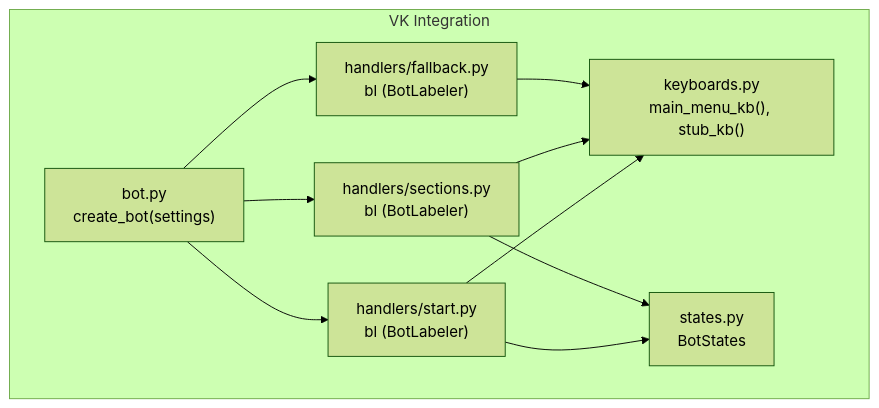
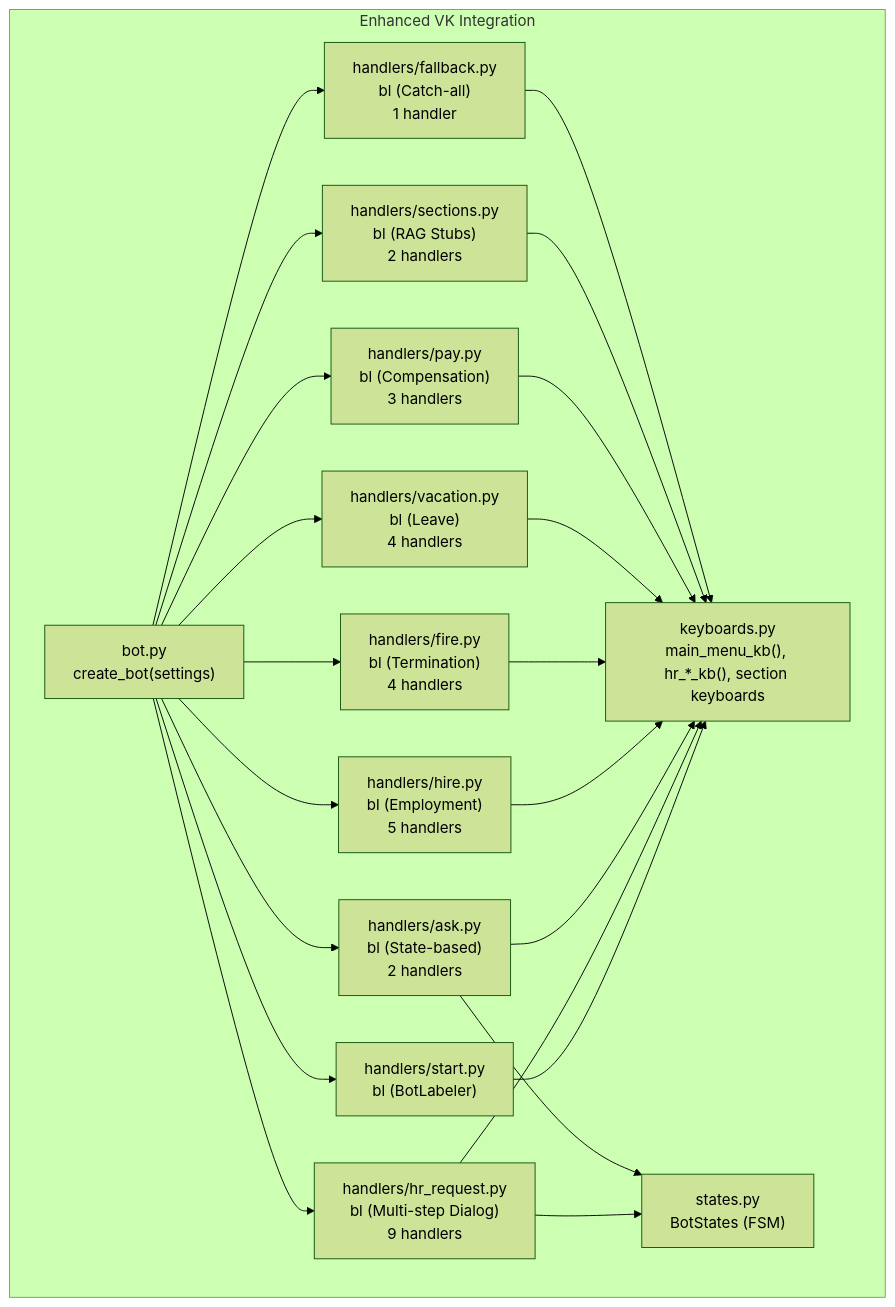
Before and after one commit to ognelis/cafetera_hr_bot: the first of 3 diagrams in .qoder/repowiki/en/content/VK Integration/Handler Registration and Ordering.md, drawn with Mermaid (forest theme). The commit also changed other lines of this file and 15 other files, not shown here.

````diff
--- a/.qoder/repowiki/en/content/VK Integration/Handler Registration and Ordering.md
+++ b/.qoder/repowiki/en/content/VK Integration/Handler Registration and Ordering.md
@@ -39,19 +53,37 @@
 ```mermaid
 graph TB
-subgraph "VK Integration"
+subgraph "Enhanced VK Integration"
 BOT["bot.py<br/>create_bot(settings)"]
 START["handlers/start.py<br/>bl (BotLabeler)"]
-SECTIONS["handlers/sections.py<br/>bl (BotLabeler)"]
-FALLBACK["handlers/fallback.py<br/>bl (BotLabeler)"]
-KEYBOARDS["keyboards.py<br/>main_menu_kb(), stub_kb()"]
-STATES["states.py<br/>BotStates"]
+HR_REQUEST["handlers/hr_request.py<br/>bl (Multi-step Dialog)<br/>9 handlers"]
+ASK["handlers/ask.py<br/>bl (State-based)<br/>2 handlers"]
+HIRE["handlers/hire.py<br/>bl (Employment)<br/>5 handlers"]
+FIRE["handlers/fire.py<br/>bl (Termination)<br/>4 handlers"]
+VACATION["handlers/vacation.py<br/>bl (Leave)<br/>4 handlers"]
+PAY["handlers/pay.py<br/>bl (Compensation)<br/>3 handlers"]
+SECTIONS["handlers/sections.py<br/>bl (RAG Stubs)<br/>2 handlers"]
+FALLBACK["handlers/fallback.py<br/>bl (Catch-all)<br/>1 handler"]
+KEYBOARDS["keyboards.py<br/>main_menu_kb(), hr_*_kb(), section keyboards"]
+STATES["states.py<br/>BotStates (FSM)"]
 end
 BOT --> START
+BOT --> HR_REQUEST
+BOT --> ASK
+BOT --> HIRE
+BOT --> FIRE
+BOT --> VACATION
+BOT --> PAY
 BOT --> SECTIONS
 BOT --> FALLBACK
 START --> KEYBOARDS
+HR_REQUEST --> KEYBOARDS
+ASK --> KEYBOARDS
+HIRE --> KEYBOARDS
+FIRE --> KEYBOARDS
+VACATION --> KEYBOARDS
+PAY --> KEYBOARDS
 SECTIONS --> KEYBOARDS
 FALLBACK --> KEYBOARDS
-START --> STATES
-SECTIONS --> STATES
+HR_REQUEST --> STATES
+ASK --> STATES
 ```
````
